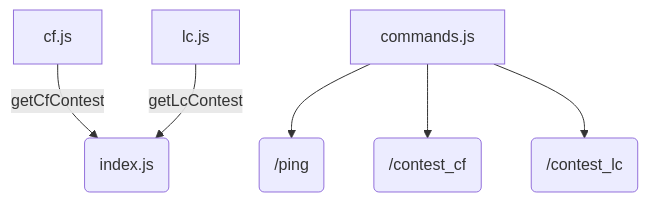
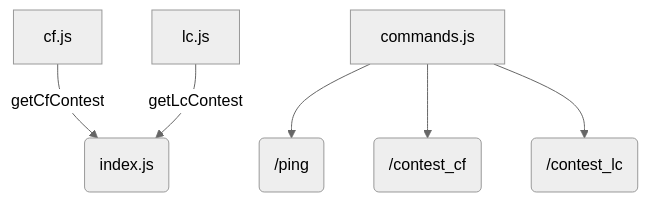
The diagram in README.md (AmyKrrrr/TLEminder), drawn with Mermaid before and after one commit.

Commit message:
Update README: change flowchart theme

````diff
--- a/README.md
+++ b/README.md
@@ -13,8 +13,9 @@
 ```mermaid
+%%{init: {'theme': 'neutral'}}%%
 flowchart TD
     A[cf.js] --> |getCfContest| c(index.js)
     B[lc.js] --> |getLcContest| c(index.js)    
     D[commands.js] --> E(/ping)
     D --> F(/contest_cf)
     D --> G(/contest_lc)
 ```
````
